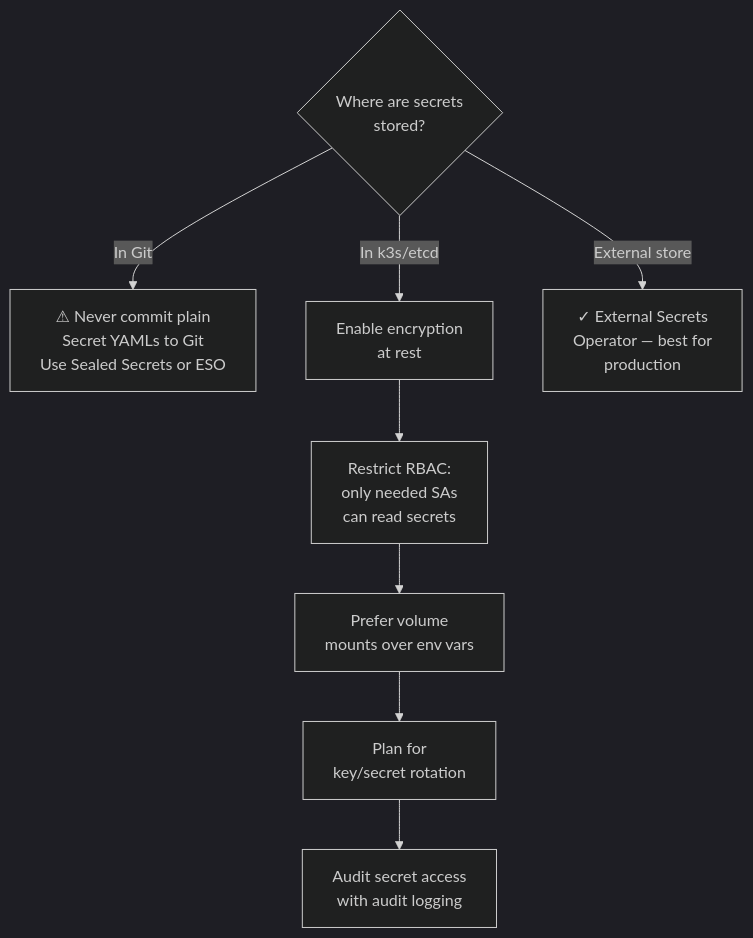
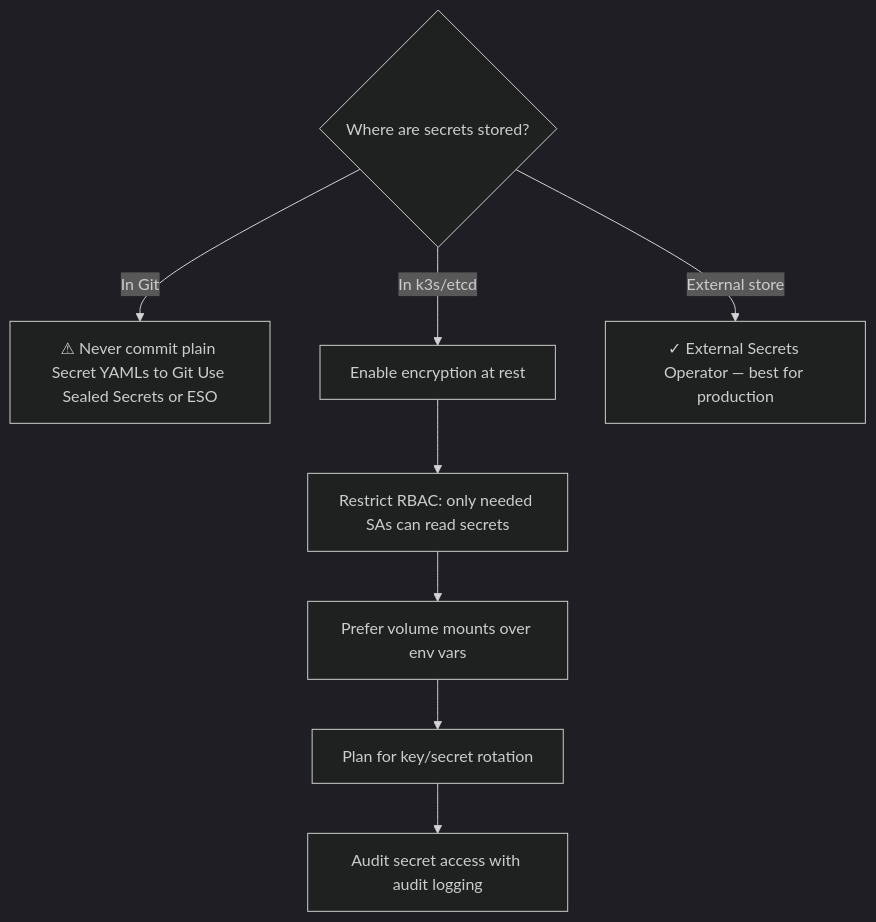
The sixth of 6 diagrams in 09_security/04_secrets_management.md (UncleJS/course_k3s), drawn with Mermaid (dark theme) before and after one commit. The commit also changed other lines of this file and 57 other files, not shown here.

````diff
--- a/09_security/04_secrets_management.md
+++ b/09_security/04_secrets_management.md
@@ -460,11 +460,11 @@
 ```mermaid
 flowchart TD
-    Q1{Where are secrets\nstored?} -->|In Git| BAD1["⚠ Never commit plain\nSecret YAMLs to Git\nUse Sealed Secrets or ESO"]
-    Q1 -->|In k3s/etcd| ENCRYPT[Enable encryption\nat rest]
-    Q1 -->|External store| ESO_GOOD["✓ External Secrets\nOperator — best for\nproduction"]
+    Q1{Where are secrets stored?} -->|In Git| BAD1["⚠ Never commit plain Secret YAMLs to Git Use Sealed Secrets or ESO"]
+    Q1 -->|In k3s/etcd| ENCRYPT[Enable encryption at rest]
+    Q1 -->|External store| ESO_GOOD["✓ External Secrets Operator — best for production"]
 
-    ENCRYPT --> RBAC[Restrict RBAC:\nonly needed SAs\ncan read secrets]
-    RBAC --> MOUNT[Prefer volume\nmounts over env vars]
-    MOUNT --> ROTATE[Plan for\nkey/secret rotation]
-    ROTATE --> AUDIT[Audit secret access\nwith audit logging]
+    ENCRYPT --> RBAC[Restrict RBAC: only needed SAs can read secrets]
+    RBAC --> MOUNT[Prefer volume mounts over env vars]
+    MOUNT --> ROTATE[Plan for key/secret rotation]
+    ROTATE --> AUDIT[Audit secret access with audit logging]
 ```
````
